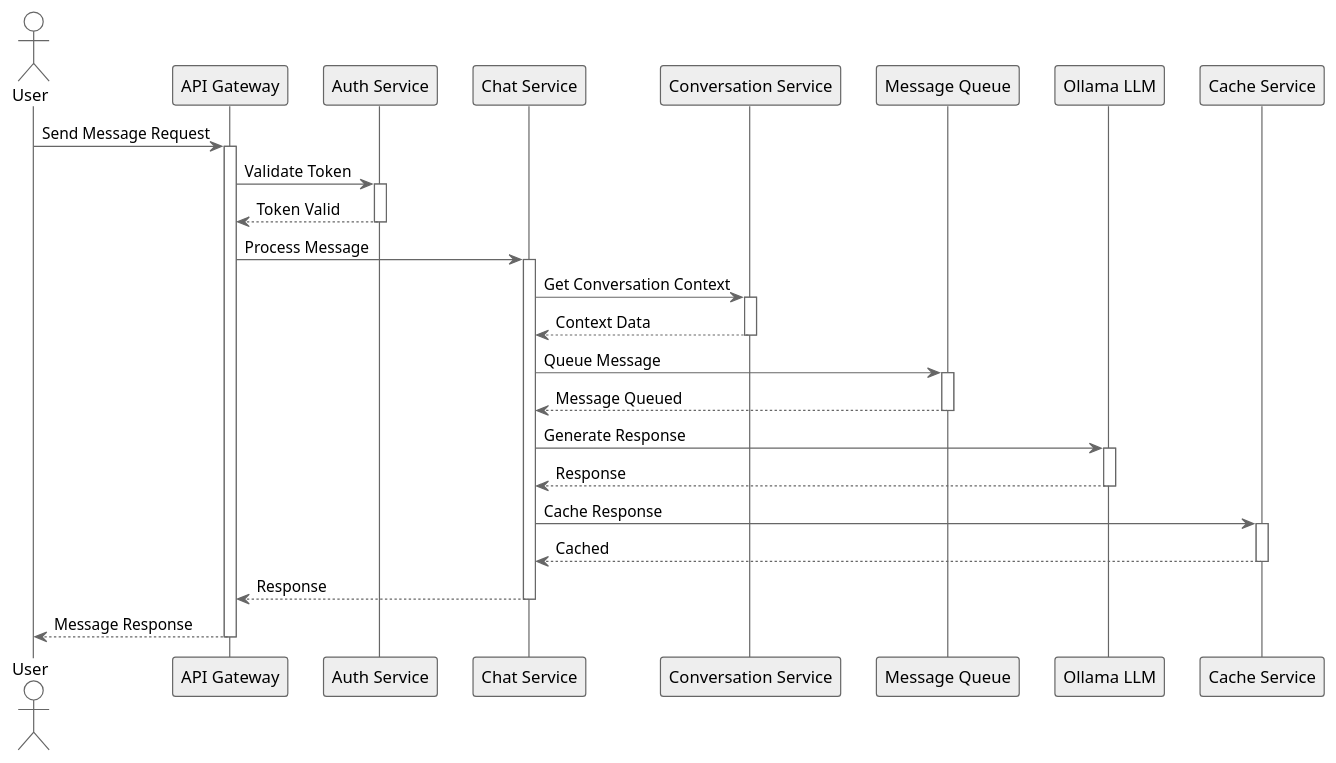
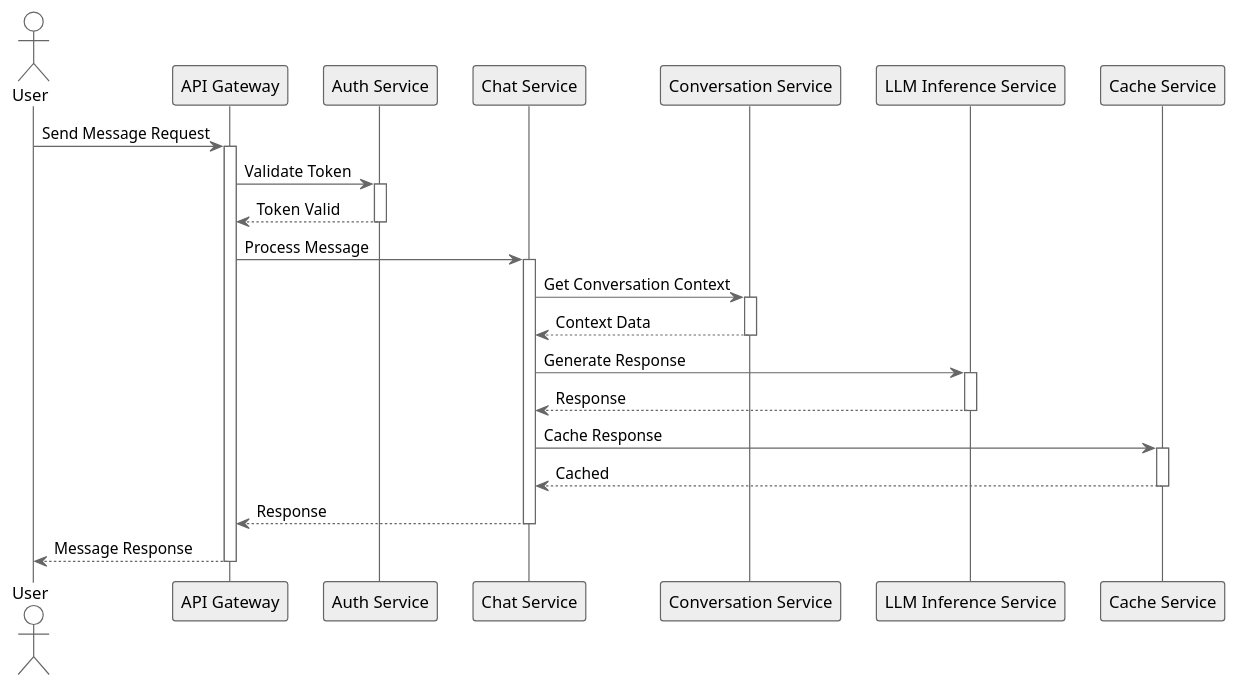
The diagram in Diagrams/SequenceDiagram-TypicalChatInteraction.puml (ollamaNet/OllamaNet-Architecture), drawn with PlantUML before and after one commit. The commit also changed 8 other files, not shown here.

Commit message:
updated memory banck and diagrams

```diff
--- a/Diagrams/SequenceDiagram-TypicalChatInteraction.puml
+++ b/Diagrams/SequenceDiagram-TypicalChatInteraction.puml
@@ -1,49 +1,44 @@
 @startuml
 !theme plain
 skinparam sequence {
     ArrowColor #666666
     ActorBorderColor #666666
     LifeLineBorderColor #666666
     ParticipantBorderColor #666666
     ParticipantBackgroundColor #EEEEEE
 }
 
 actor User
 participant "API Gateway" as gateway
 participant "Auth Service" as auth
 participant "Chat Service" as chat
 participant "Conversation Service" as conv
-participant "Message Queue" as mq
-participant "Ollama LLM" as ollama
+participant "LLM Inference Service" as llm
 participant "Cache Service" as cache
 
 User -> gateway: Send Message Request
 activate gateway
 gateway -> auth: Validate Token
 activate auth
 auth --> gateway: Token Valid
 deactivate auth
 gateway -> chat: Process Message
 activate chat
 chat -> conv: Get Conversation Context
 activate conv
 conv --> chat: Context Data
 deactivate conv
-chat -> mq: Queue Message
-activate mq
-mq --> chat: Message Queued
-deactivate mq
-chat -> ollama: Generate Response
-activate ollama
-ollama --> chat: Response
-deactivate ollama
+chat -> llm: Generate Response
+activate llm
+llm --> chat: Response
+deactivate llm
 chat -> cache: Cache Response
 activate cache
 cache --> chat: Cached
 deactivate cache
 chat --> gateway: Response
 deactivate chat
 gateway --> User: Message Response
 deactivate gateway
 
 @enduml
```
